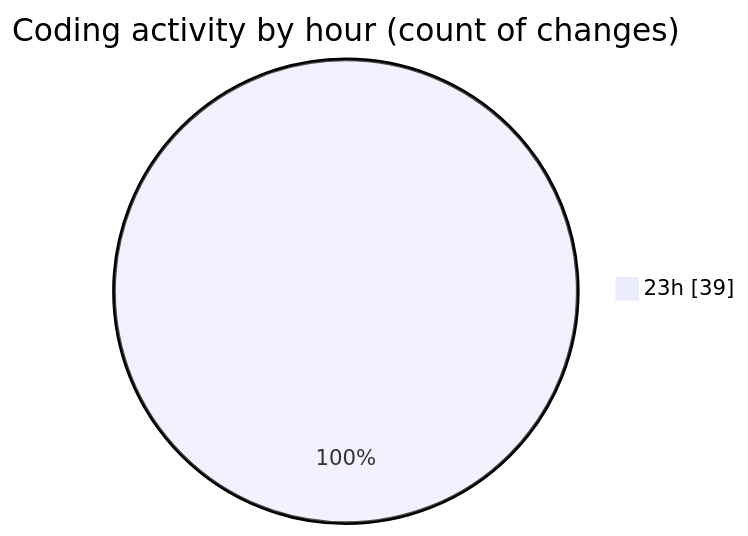
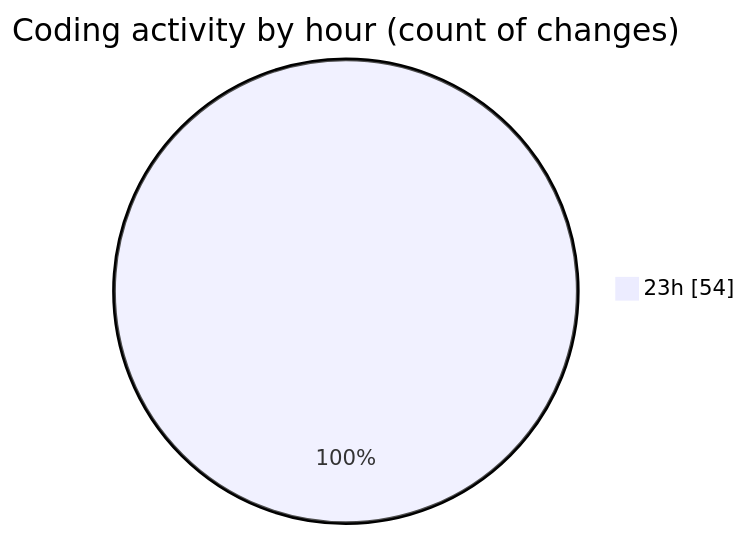
Before and after one commit to Ritupan-Deka/code-tracking: the second of 2 diagrams in 2025-07-27/javascript/README.md, drawn with Mermaid. The commit also changed other lines of this file and 1 other file, not shown here.

````diff
--- a/2025-07-27/javascript/README.md
+++ b/2025-07-27/javascript/README.md
@@ -28,5 +28,5 @@
 ```mermaid
 pie showData
 title Coding activity by hour (count of changes)
-"23h" : 39
+"23h" : 54
 ```
````
